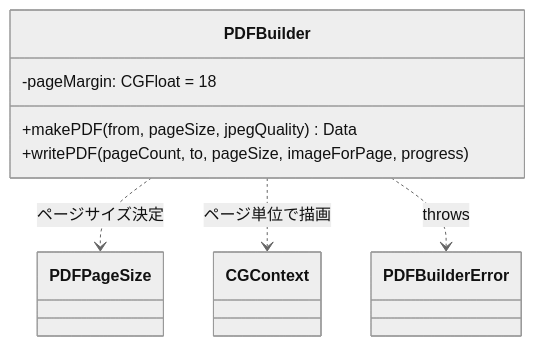
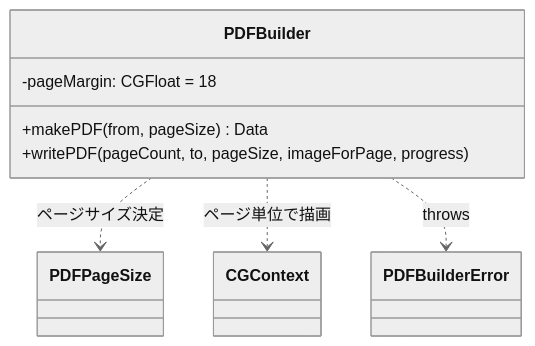
Before and after one commit to gomurin0428/DocScanner: the first of 2 diagrams in DocScanner/PDF/README.md, drawn with Mermaid (neutral theme). The commit also changed other lines of this file and 10 other files, not shown here.

````diff
--- a/DocScanner/PDF/README.md
+++ b/DocScanner/PDF/README.md
@@ -20,11 +20,11 @@
 ```mermaid
 classDiagram
     class PDFBuilder {
         -pageMargin: CGFloat = 18
-        +makePDF(from, pageSize, jpegQuality) Data
+        +makePDF(from, pageSize) Data
         +writePDF(pageCount, to, pageSize, imageForPage, progress)
     }
     PDFBuilder ..> PDFPageSize : ページサイズ決定
     PDFBuilder ..> CGContext : ページ単位で描画
     PDFBuilder ..> PDFBuilderError : throws
 ```
````
